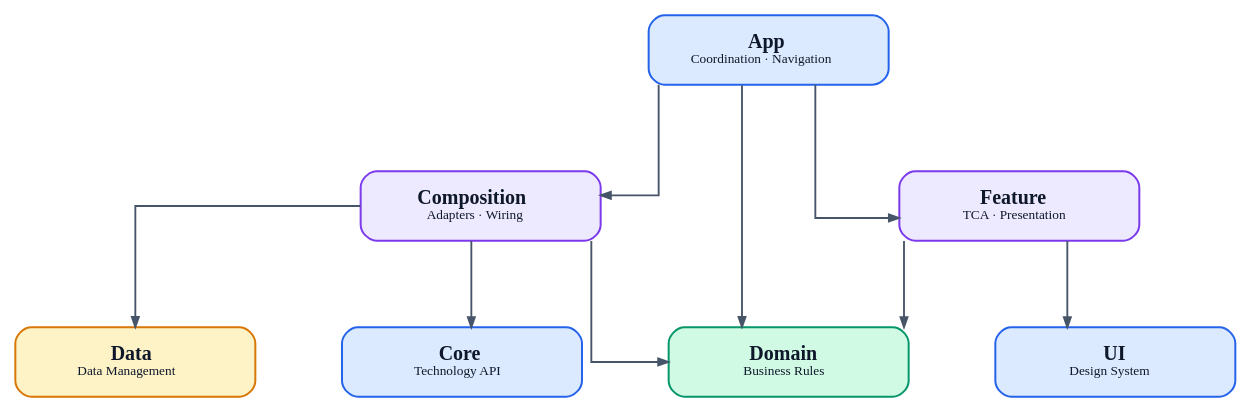
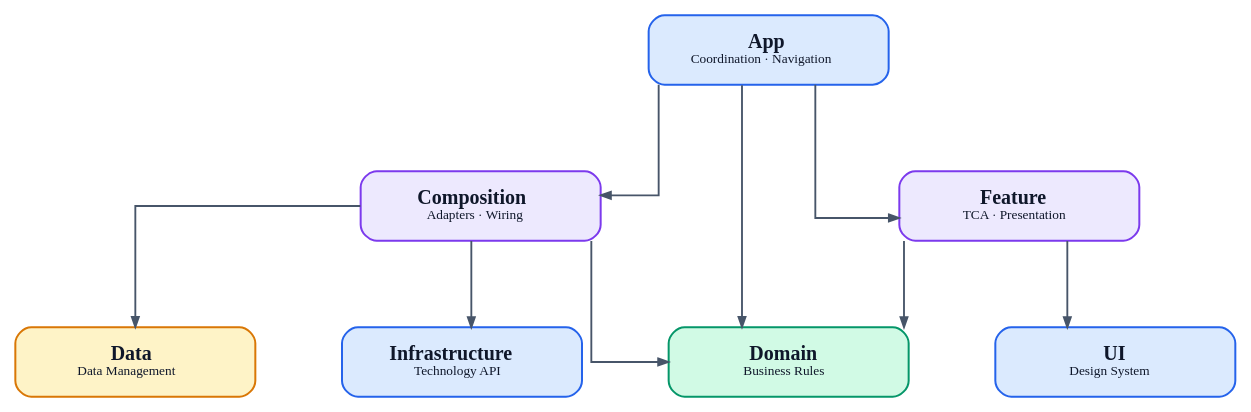
One commit to Nexters/Git-It-iOS changed the diagram in sources/docs/assets/package-dependency-graph.dot. Above: the diagram before and after it, drawn with Graphviz. The commit also changed 68 other files, not shown here.

```diff
--- a/sources/docs/assets/package-dependency-graph.dot
+++ b/sources/docs/assets/package-dependency-graph.dot
@@ -1,47 +1,47 @@
 digraph PackageDependencyGraph {
     graph [
         rankdir = TB
         newrank = true
         splines = ortho
         nodesep = 0.9
         ranksep = 0.9
         fontname = "Apple SD Gothic Neo"
         fontsize = 13
     ]
 
     node [
         shape = box
         style = "rounded,filled"
         fixedsize = true
         width = 2.5
         height = 0.72
         fontname = "Apple SD Gothic Neo"
         fontsize = 15
         fontcolor = "#0f172a"
         penwidth = 1.5
     ]
 
     edge [penwidth = 1.4, arrowsize = 0.75, color = "#475569"]
 
     App         [fillcolor = "#dbeafe", color = "#2563eb", label = <<B>App</B><BR/><FONT POINT-SIZE="10">Coordination · Navigation</FONT>>]
     Composition [fillcolor = "#ede9fe", color = "#7c3aed", label = <<B>Composition</B><BR/><FONT POINT-SIZE="10">Adapters · Wiring</FONT>>]
     Feature     [fillcolor = "#ede9fe", color = "#7c3aed", label = <<B>Feature</B><BR/><FONT POINT-SIZE="10">TCA · Presentation</FONT>>]
     Domain      [fillcolor = "#d1fae5", color = "#059669", label = <<B>Domain</B><BR/><FONT POINT-SIZE="10">Business Rules</FONT>>]
     Data        [fillcolor = "#fef3c7", color = "#d97706", label = <<B>Data</B><BR/><FONT POINT-SIZE="10">Data Management</FONT>>]
-    Core        [fillcolor = "#dbeafe", color = "#2563eb", label = <<B>Core</B><BR/><FONT POINT-SIZE="10">Technology API</FONT>>]
+    Infrastructure [fillcolor = "#dbeafe", color = "#2563eb", label = <<B>Infrastructure</B><BR/><FONT POINT-SIZE="10">Technology API</FONT>>]
     UI          [fillcolor = "#dbeafe", color = "#2563eb", label = <<B>UI</B><BR/><FONT POINT-SIZE="10">Design System</FONT>>]
 
     { rank = same; Feature; Composition }
-    { rank = same; Domain; Data; Core; UI }
+    { rank = same; Domain; Data; Infrastructure; UI }
 
     App -> Feature
     App -> Composition
     App -> Domain
 
     Feature -> Domain
     Feature -> UI
 
     Composition -> Domain
     Composition -> Data
-    Composition -> Core
+    Composition -> Infrastructure
 }
```
